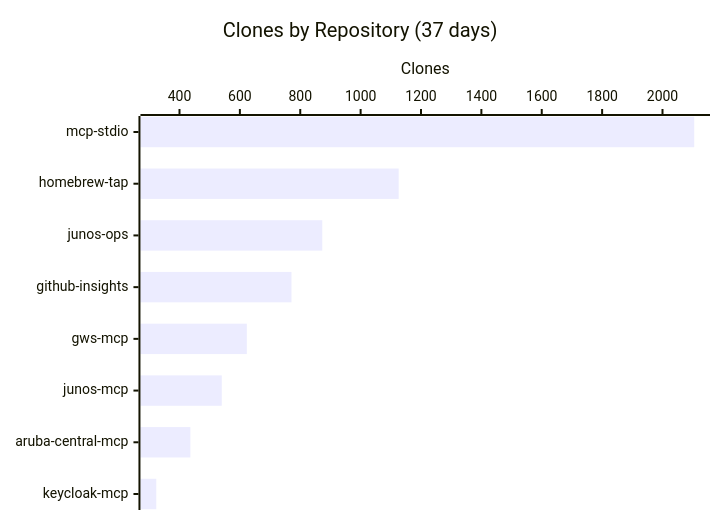
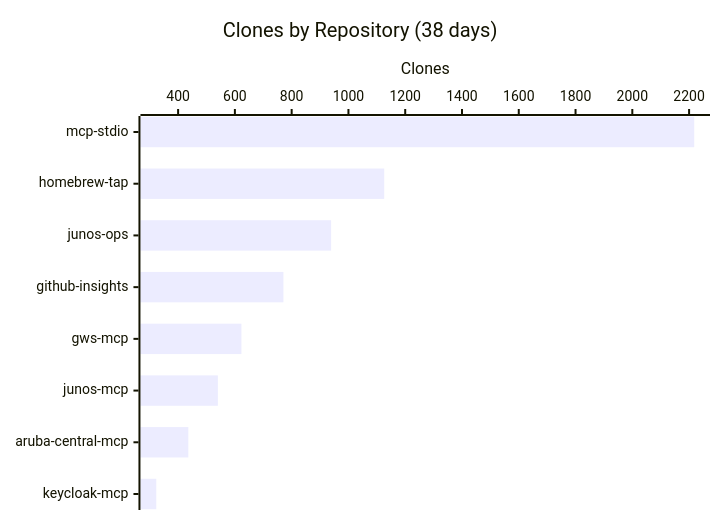
One commit to shigechika/github-insights changed the third of 3 diagrams in README.md. Above: the diagram before and after it, drawn with Mermaid. The commit also changed other lines of this file and 1 other file, not shown here.

````diff
--- a/README.md
+++ b/README.md
@@ -36,7 +36,7 @@
 ```mermaid
 xychart-beta horizontal
-    title "Clones by Repository (37 days)"
+    title "Clones by Repository (38 days)"
     x-axis ["mcp-stdio", "homebrew-tap", "junos-ops", "github-insights", "gws-mcp", "junos-mcp", "aruba-central-mcp", "keycloak-mcp"]
     y-axis "Clones"
-    bar [2105, 1126, 873, 771, 623, 540, 436, 323]
+    bar [2218, 1126, 939, 771, 623, 540, 436, 323]
 ```
````
